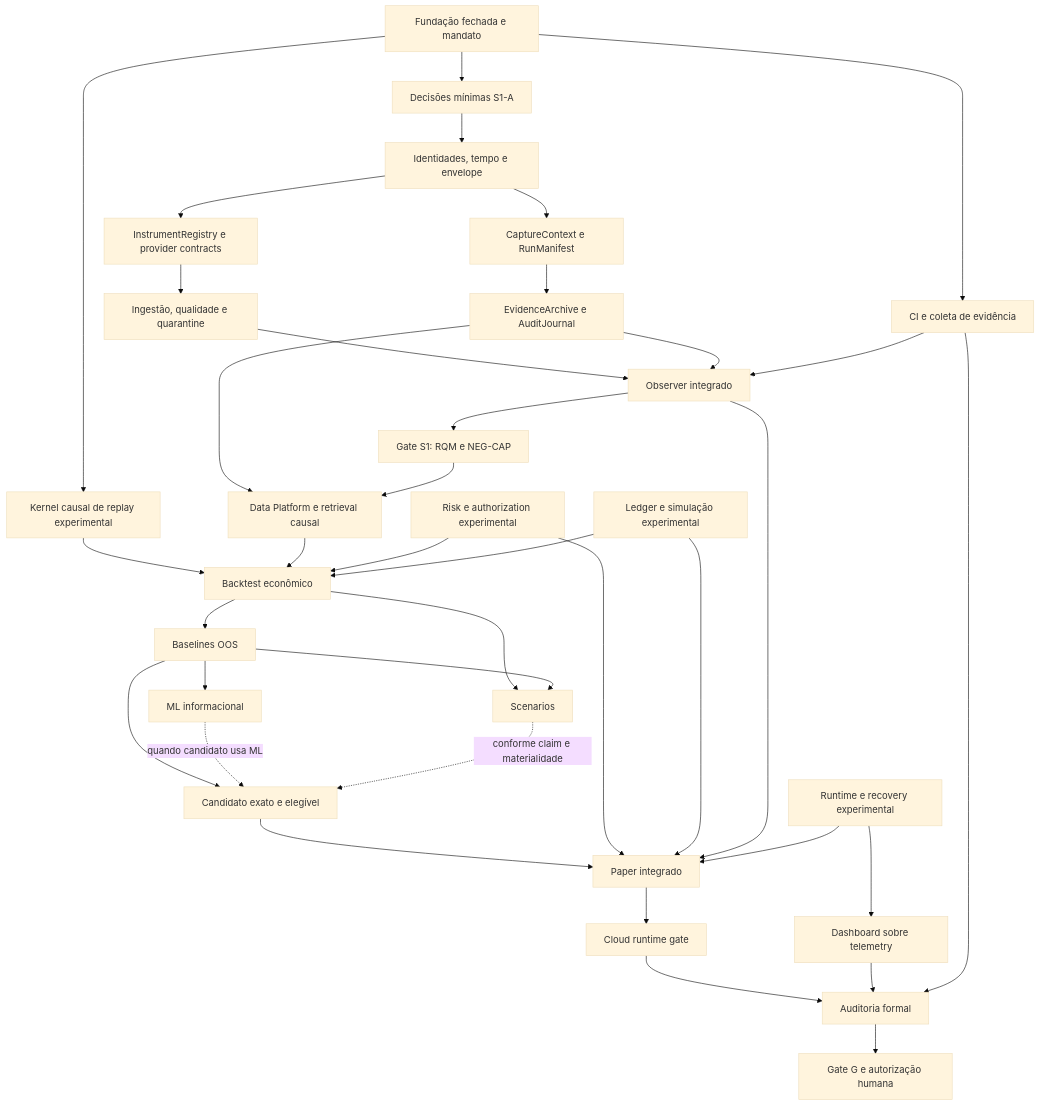
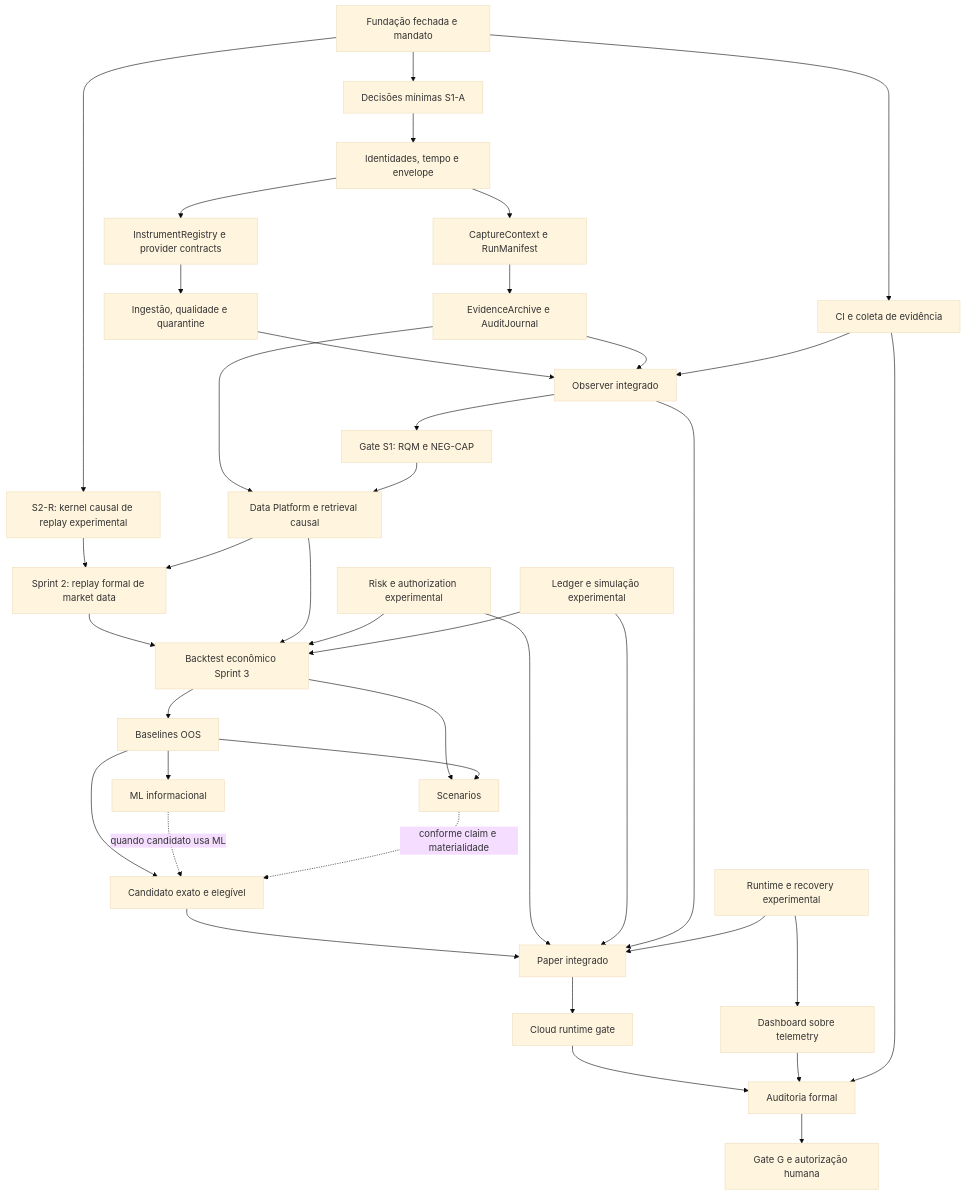
Before and after one commit to paulobmcosta-creator/btg-ai-trader: the diagram in docs/program/PROGRAM_EXECUTION.md, drawn with Mermaid (base theme). The commit also changed other lines of this file, not shown here.

Commit message:
docs: resume remote mandate and assign causal replay to Sprint 2

````diff
--- a/docs/program/PROGRAM_EXECUTION.md
+++ b/docs/program/PROGRAM_EXECUTION.md
@@ -45,39 +52,41 @@
 ```mermaid
 flowchart TD
     F[Fundação fechada e mandato] --> D[Decisões mínimas S1-A]
     F --> CI[CI e coleta de evidência]
     D --> M[Identidades, tempo e envelope]
     M --> IP[InstrumentRegistry e provider contracts]
     M --> PC[CaptureContext e RunManifest]
     IP --> IN[Ingestão, qualidade e quarantine]
     PC --> EA[EvidenceArchive e AuditJournal]
     IN --> OBS[Observer integrado]
     EA --> OBS
     CI --> OBS
     OBS --> GS1[Gate S1: RQM e NEG-CAP]
-    F --> RK[Kernel causal de replay experimental]
+    F --> RK[S2-R: kernel causal de replay experimental]
     EA --> S2[Data Platform e retrieval causal]
     GS1 --> S2
-    RK --> S3[Backtest econômico]
+    RK --> S2R[Sprint 2: replay formal de market data]
+    S2 --> S2R
+    S2R --> S3[Backtest econômico Sprint 3]
     S2 --> S3
     R[Risk e authorization experimental] --> S3
     L[Ledger e simulação experimental] --> S3
     S3 --> S4[Baselines OOS]
     S4 --> S5[ML informacional]
     S3 --> S6[Scenarios]
     S4 --> S6
     S4 --> CAND[Candidato exato e elegível]
     S5 -. quando candidato usa ML .-> CAND
     S6 -. conforme claim e materialidade .-> CAND
     CAND --> P[Paper integrado]
     R --> P
     L --> P
     OBS --> P
     RT[Runtime e recovery experimental] --> P
     P --> S9[Cloud runtime gate]
     RT --> UI[Dashboard sobre telemetry]
     S9 --> AU[Auditoria formal]
     UI --> AU
     CI --> AU
     AU --> H[Gate G e autorização humana]
 ```
````
